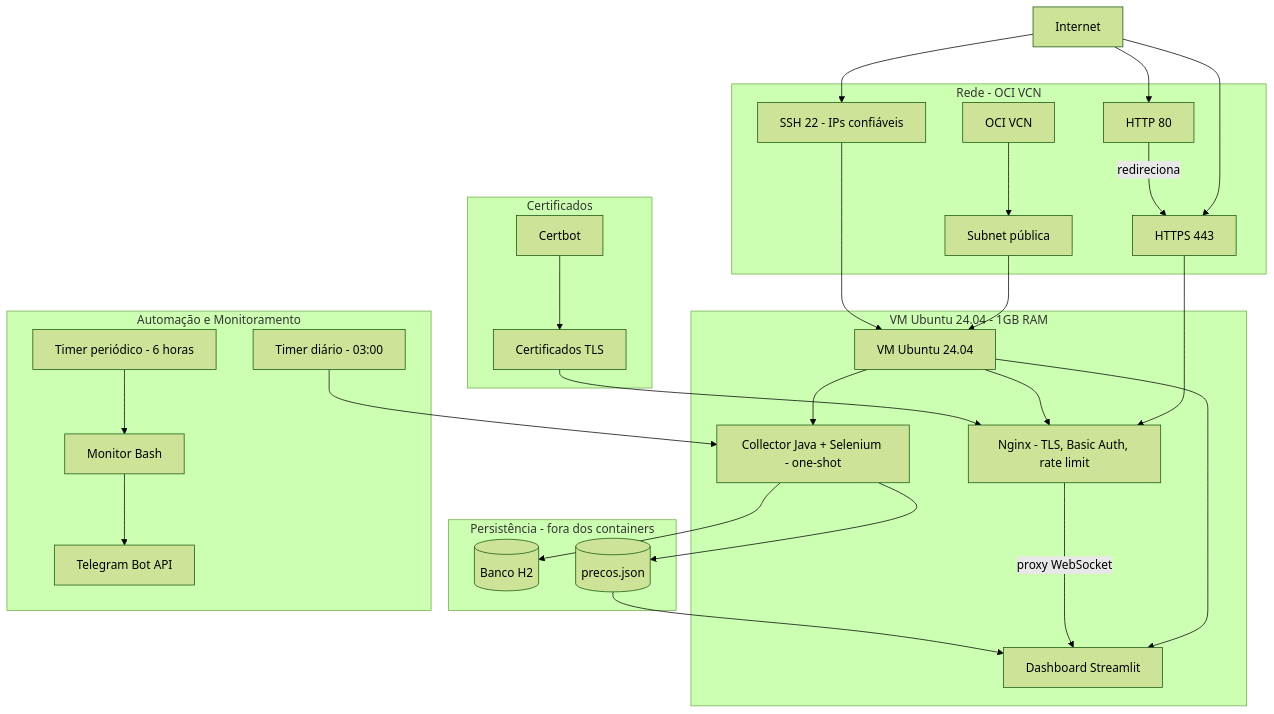
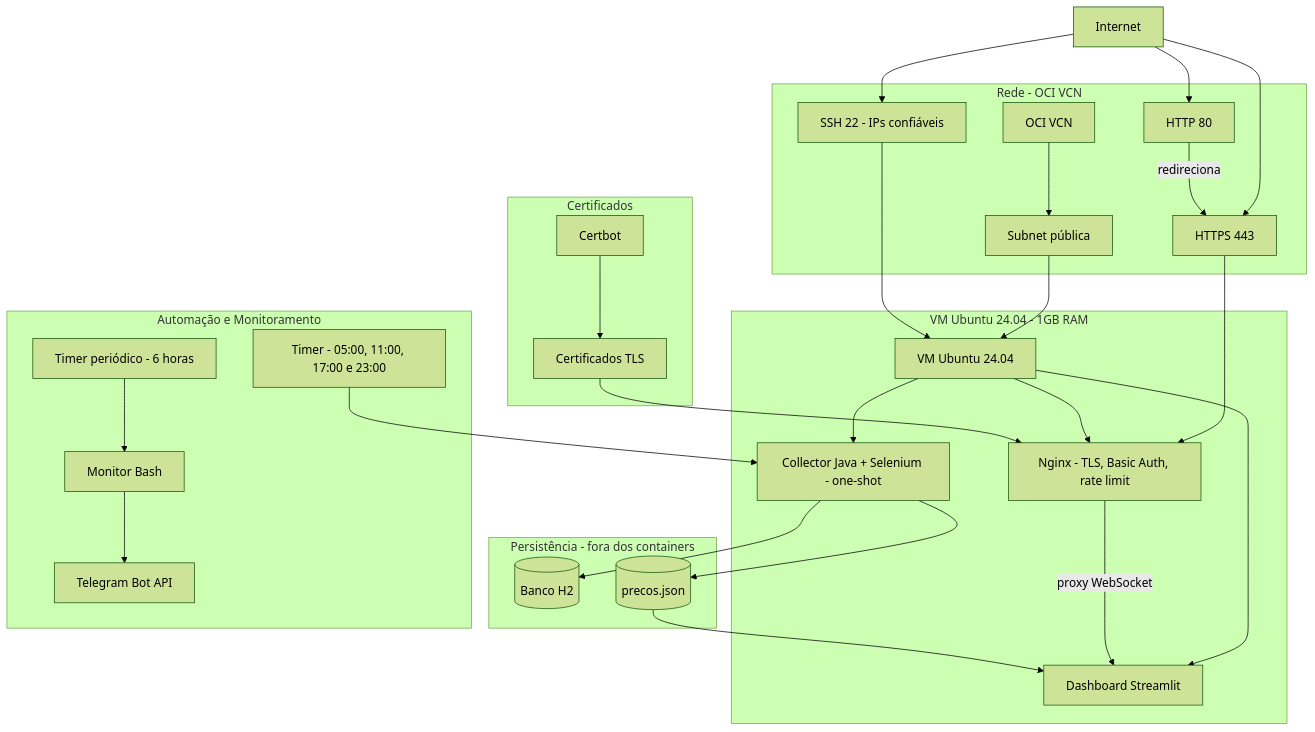
One commit to Sc4rlxrd/Price-Monitor-Oracle-Infra changed the first of 2 diagrams in README.md. Above: the diagram before and after it, drawn with Mermaid (forest theme). The commit also changed other lines of this file, not shown here.

````diff
--- a/README.md
+++ b/README.md
@@ -72,63 +84,63 @@
 ```mermaid
 graph TD
     Internet["Internet"]
 
     subgraph Rede["Rede - OCI VCN"]
         VCN["OCI VCN"]
         Subnet["Subnet pública"]
         SSH["SSH 22 - IPs confiáveis"]
         HTTP["HTTP 80"]
         HTTPS["HTTPS 443"]
     end
 
     subgraph Compute["VM Ubuntu 24.04 - 1GB RAM"]
         VM["VM Ubuntu 24.04"]
         Nginx["Nginx - TLS, Basic Auth, rate limit"]
         Dashboard["Dashboard Streamlit"]
         Collector["Collector Java + Selenium - one-shot"]
     end
 
     subgraph Dados["Persistência - fora dos containers"]
         H2[("Banco H2")]
         JSON[("precos.json")]
     end
 
     subgraph TLS["Certificados"]
         Certbot["Certbot"]
         Certificates["Certificados TLS"]
     end
 
     subgraph Automacao["Automação e Monitoramento"]
-        CollectorTimer["Timer diário - 03:00"]
+        CollectorTimer["Timer - 05:00, 11:00, 17:00 e 23:00"]
         TelegramTimer["Timer periódico - 6 horas"]
         Monitor["Monitor Bash"]
         Telegram["Telegram Bot API"]
     end
 
     Internet --> SSH
     Internet --> HTTP
     Internet --> HTTPS
 
     VCN --> Subnet
     Subnet --> VM
     SSH --> VM
     HTTP -->|redireciona| HTTPS
     HTTPS --> Nginx
 
     VM --> Nginx
     VM --> Dashboard
     VM --> Collector
 
     Nginx -->|proxy WebSocket| Dashboard
 
     CollectorTimer --> Collector
     Collector --> H2
     Collector --> JSON
     JSON --> Dashboard
 
     TelegramTimer --> Monitor
     Monitor --> Telegram
 
     Certbot --> Certificates
     Certificates --> Nginx
 ```
````
